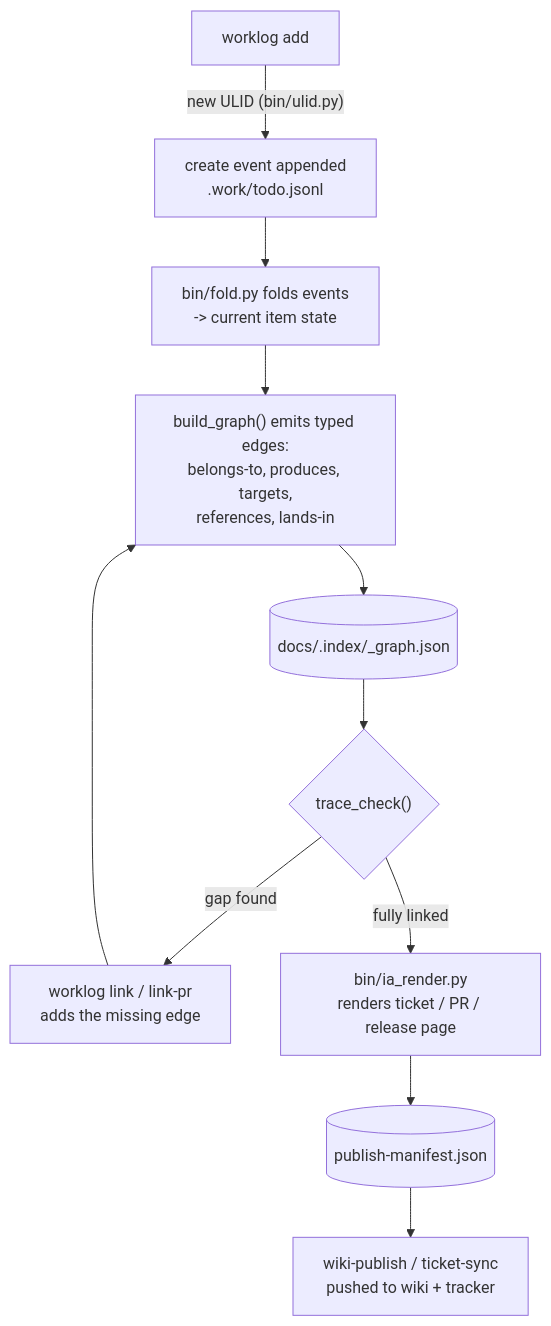
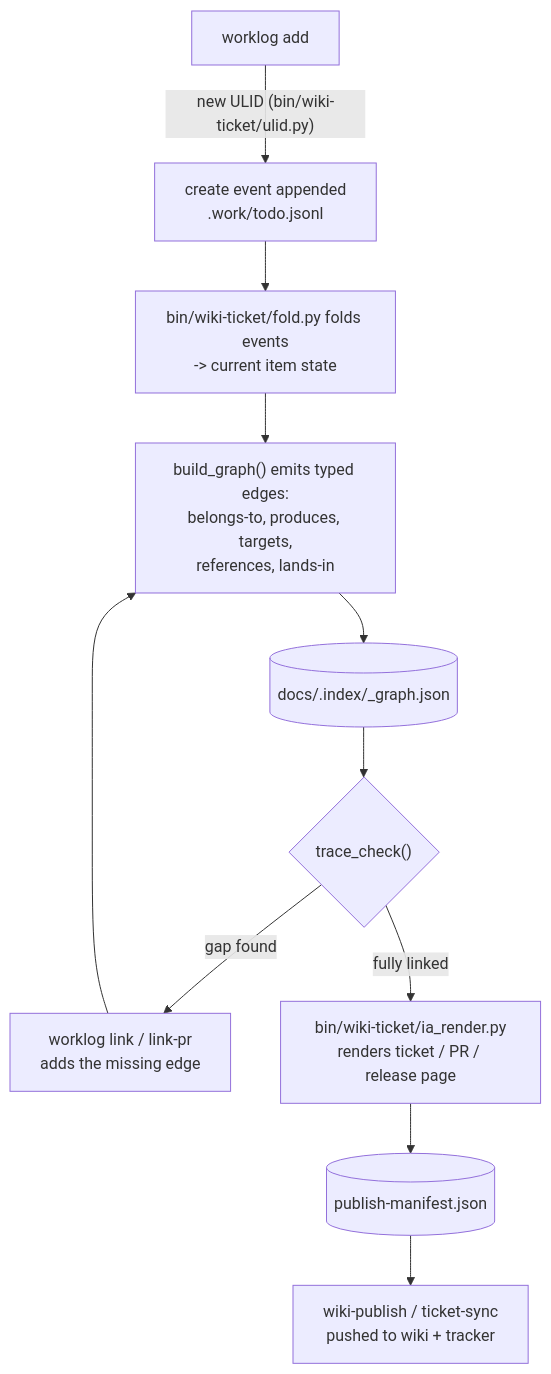
One commit to SpillwaveSolutions/wiki_ticket_sdd changed the second of 2 diagrams in docs/graph-engineering.md. Above: the diagram before and after it, drawn with Mermaid. The commit also changed other lines of this file and 167 other files, not shown here.

First line of the commit message:
feat: install the worklog CLI under bin/wiki-ticket

````diff
--- a/docs/graph-engineering.md
+++ b/docs/graph-engineering.md
@@ -70,13 +70,13 @@
 ```mermaid
 flowchart TD
-    A["worklog add"] -->|"new ULID (bin/ulid.py)"| B["create event appended<br/>.work/todo.jsonl"]
-    B --> C["bin/fold.py folds events<br/>-&gt; current item state"]
+    A["worklog add"] -->|"new ULID (bin/wiki-ticket/ulid.py)"| B["create event appended<br/>.work/todo.jsonl"]
+    B --> C["bin/wiki-ticket/fold.py folds events<br/>-&gt; current item state"]
     C --> D["build_graph() emits typed edges:<br/>belongs-to, produces, targets,<br/>references, lands-in"]
     D --> E[("docs/.index/_graph.json")]
     E --> F{"trace_check()"}
     F -->|"gap found"| G["worklog link / link-pr<br/>adds the missing edge"]
-    F -->|"fully linked"| H["bin/ia_render.py<br/>renders ticket / PR / release page"]
+    F -->|"fully linked"| H["bin/wiki-ticket/ia_render.py<br/>renders ticket / PR / release page"]
     G --> D
     H --> I[("publish-manifest.json")]
     I --> J["wiki-publish / ticket-sync<br/>pushed to wiki + tracker"]
 ```
````
